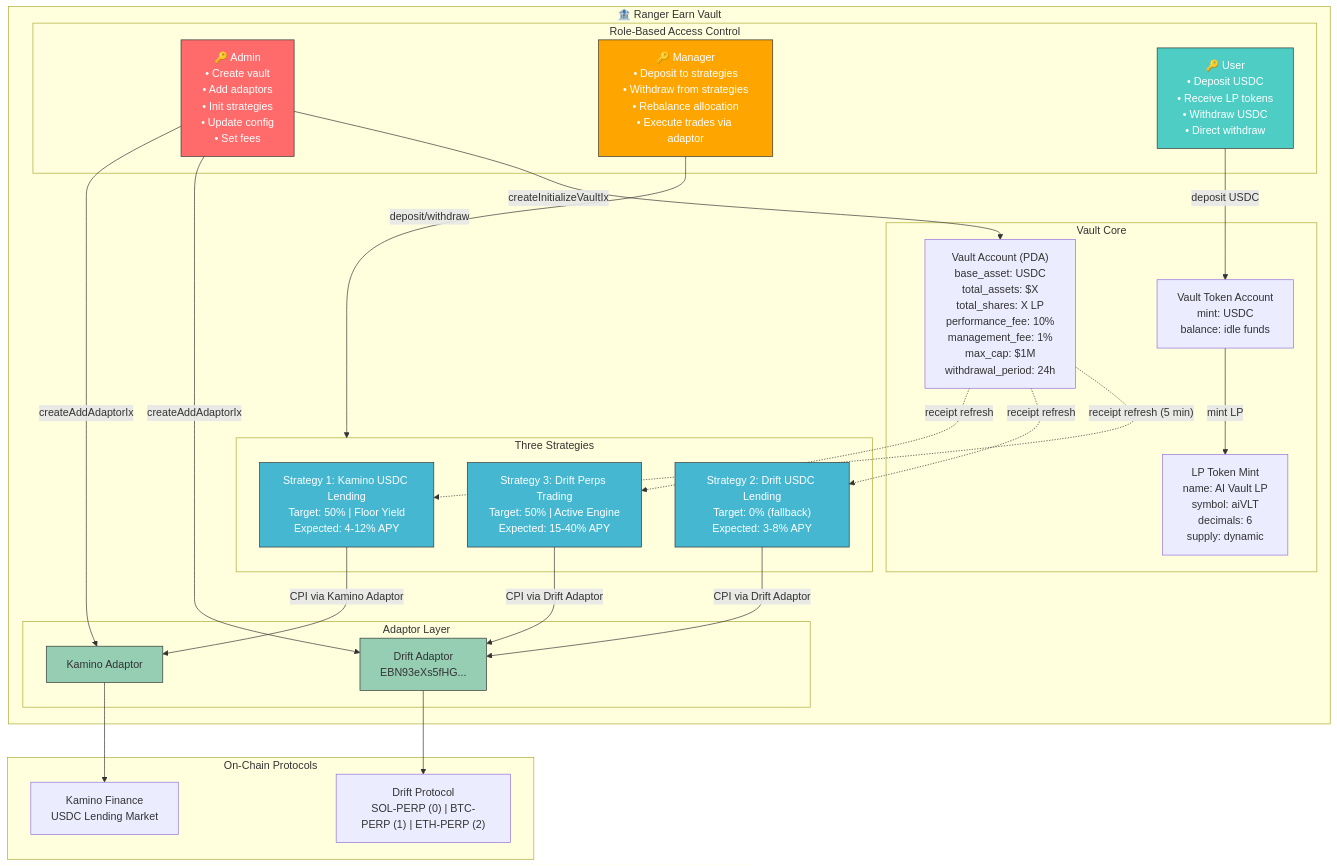
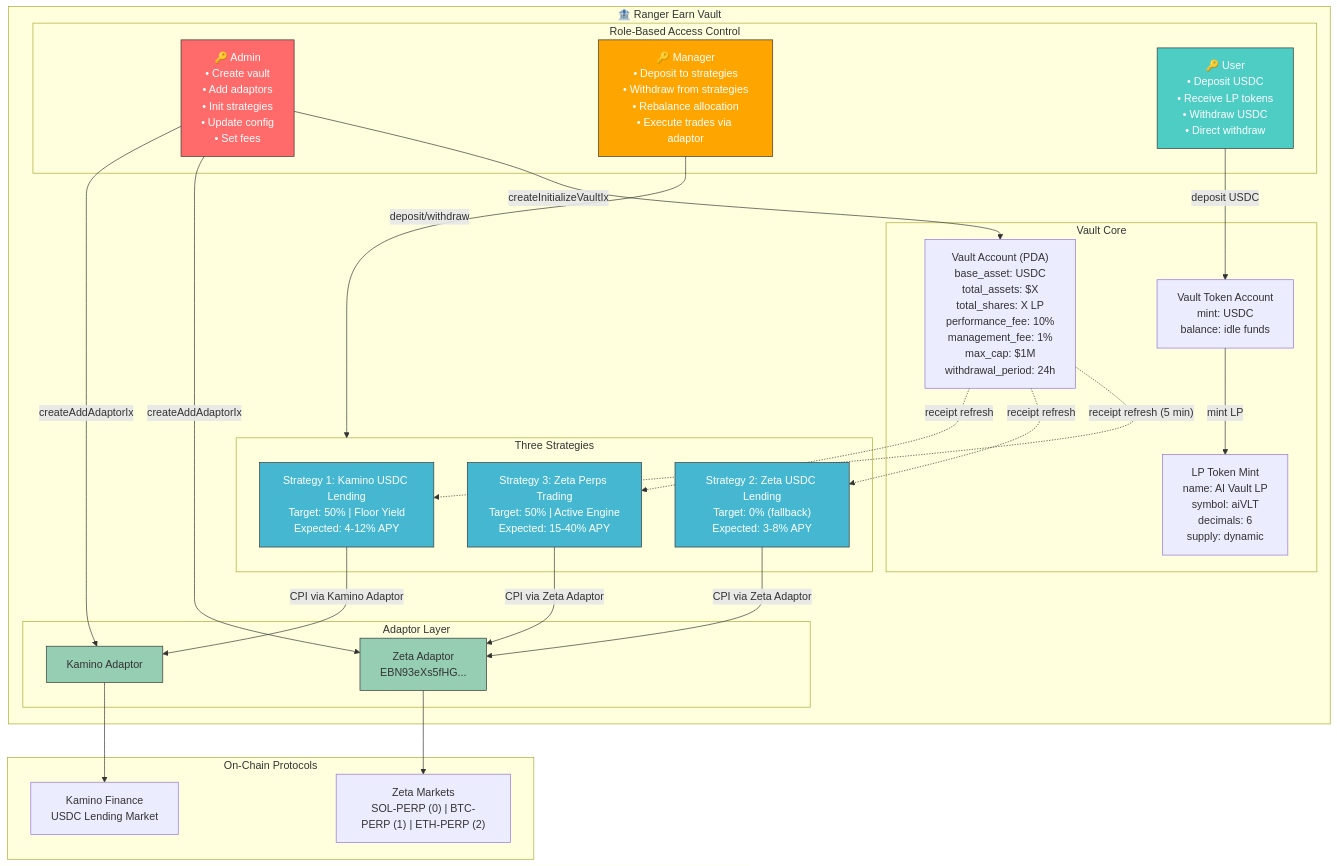
The second of 20 diagrams in docs/ARCHITECTURE.md (Ashutosh0x/ranger-ai-vault), drawn with Mermaid before and after one commit. The commit also changed other lines of this file and 82 other files, not shown here.

Commit message:
feat: pivot from Drift to Zeta Markets and add walk-forward backtest results

````diff
--- a/docs/ARCHITECTURE.md
+++ b/docs/ARCHITECTURE.md
@@ -151,61 +151,61 @@
 ```mermaid
 graph TB
     subgraph VaultStructure["🏦 Ranger Earn Vault"]
         subgraph Roles["Role-Based Access Control"]
             AdminRole["🔑 Admin<br/>• Create vault<br/>• Add adaptors<br/>• Init strategies<br/>• Update config<br/>• Set fees"]
             ManagerRole["🔑 Manager<br/>• Deposit to strategies<br/>• Withdraw from strategies<br/>• Rebalance allocation<br/>• Execute trades via adaptor"]
             UserRole["🔑 User<br/>• Deposit USDC<br/>• Receive LP tokens<br/>• Withdraw USDC<br/>• Direct withdraw"]
         end
 
         subgraph VaultCore["Vault Core"]
             VaultAccount["Vault Account (PDA)<br/>base_asset: USDC<br/>total_assets: $X<br/>total_shares: X LP<br/>performance_fee: 10%<br/>management_fee: 1%<br/>max_cap: $1M<br/>withdrawal_period: 24h"]
             LPMint["LP Token Mint<br/>name: AI Vault LP<br/>symbol: aiVLT<br/>decimals: 6<br/>supply: dynamic"]
             TokenAccount["Vault Token Account<br/>mint: USDC<br/>balance: idle funds"]
         end
 
         subgraph Adaptors["Adaptor Layer"]
-            DriftAdaptor["Drift Adaptor<br/>EBN93eXs5fHG..."]
+            ZetaAdaptor["Zeta Adaptor<br/>EBN93eXs5fHG..."]
             KaminoAdaptor["Kamino Adaptor"]
         end
 
         subgraph Strategies["Three Strategies"]
             S1["Strategy 1: Kamino USDC Lending<br/>Target: 50% | Floor Yield<br/>Expected: 4-12% APY"]
-            S2["Strategy 2: Drift USDC Lending<br/>Target: 0% (fallback)<br/>Expected: 3-8% APY"]
-            S3["Strategy 3: Drift Perps Trading<br/>Target: 50% | Active Engine<br/>Expected: 15-40% APY"]
+            S2["Strategy 2: Zeta USDC Lending<br/>Target: 0% (fallback)<br/>Expected: 3-8% APY"]
+            S3["Strategy 3: Zeta Perps Trading<br/>Target: 50% | Active Engine<br/>Expected: 15-40% APY"]
         end
     end
 
     subgraph OnChainProtocols["On-Chain Protocols"]
         KaminoProtocol["Kamino Finance<br/>USDC Lending Market"]
-        DriftProtocol["Drift Protocol<br/>SOL-PERP (0) | BTC-PERP (1) | ETH-PERP (2)"]
+        ZetaProtocol["Zeta Markets<br/>SOL-PERP (0) | BTC-PERP (1) | ETH-PERP (2)"]
     end
 
     AdminRole -->|"createInitializeVaultIx"| VaultAccount
-    AdminRole -->|"createAddAdaptorIx"| DriftAdaptor
+    AdminRole -->|"createAddAdaptorIx"| ZetaAdaptor
     AdminRole -->|"createAddAdaptorIx"| KaminoAdaptor
     ManagerRole -->|"deposit/withdraw"| Strategies
     UserRole -->|"deposit USDC"| TokenAccount
     TokenAccount -->|"mint LP"| LPMint
 
     S1 -->|"CPI via Kamino Adaptor"| KaminoAdaptor
-    S2 -->|"CPI via Drift Adaptor"| DriftAdaptor
-    S3 -->|"CPI via Drift Adaptor"| DriftAdaptor
+    S2 -->|"CPI via Zeta Adaptor"| ZetaAdaptor
+    S3 -->|"CPI via Zeta Adaptor"| ZetaAdaptor
     KaminoAdaptor --> KaminoProtocol
-    DriftAdaptor --> DriftProtocol
+    ZetaAdaptor --> ZetaProtocol
 
     VaultAccount -.->|"receipt refresh (5 min)"| S1
     VaultAccount -.->|"receipt refresh"| S2
     VaultAccount -.->|"receipt refresh"| S3
 
     classDef admin fill:#ff6b6b,stroke:#333,color:#fff
     classDef manager fill:#ffa500,stroke:#333,color:#fff
     classDef user fill:#4ecdc4,stroke:#333,color:#fff
     classDef strategy fill:#45b7d1,stroke:#333,color:#fff
     classDef adaptor fill:#96ceb4,stroke:#333
 
     class AdminRole admin
     class ManagerRole manager
     class UserRole user
     class S1,S2,S3 strategy
-    class DriftAdaptor,KaminoAdaptor adaptor
+    class ZetaAdaptor,KaminoAdaptor adaptor
 ```
````
